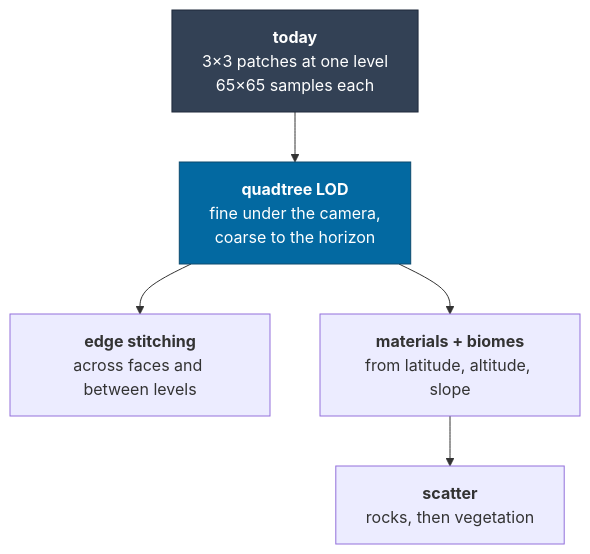
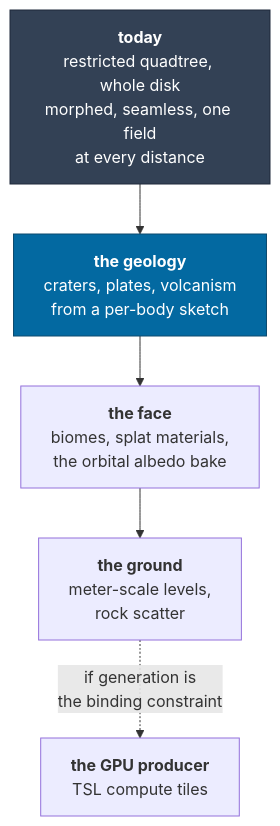
The second of 3 diagrams in docs/roadmap.md (jonjaques/inertialref), drawn with Mermaid before and after one commit. The commit also changed other lines of this file and 62 other files, not shown here.

First line of the commit message:
The quadtree covers the disk, and the field says where to stop (#27)

````diff
--- a/docs/roadmap.md
+++ b/docs/roadmap.md
@@ -113,14 +114,14 @@
 ```mermaid
 flowchart TB
-    NOW["<b>today</b><br/>3×3 patches at one level<br/>65×65 samples each"]
-    A["<b>quadtree LOD</b><br/>fine under the camera,<br/>coarse to the horizon"]
-    B["<b>edge stitching</b><br/>across faces and between levels"]
-    C["<b>materials + biomes</b><br/>from latitude, altitude, slope"]
-    D["<b>scatter</b><br/>rocks, then vegetation"]
+    NOW["<b>today</b><br/>restricted quadtree, whole disk<br/>morphed, seamless, one field<br/>at every distance"]
+    C["<b>the geology</b><br/>craters, plates, volcanism<br/>from a per-body sketch"]
+    D["<b>the face</b><br/>biomes, splat materials,<br/>the orbital albedo bake"]
+    E["<b>the ground</b><br/>meter-scale levels,<br/>rock scatter"]
+    F["<b>the GPU producer</b><br/>TSL compute tiles"]
 
-    NOW --> A --> B
-    A --> C --> D
+    NOW --> C --> D --> E
+    E -.->|"if generation is<br/>the binding constraint"| F
 
     style NOW fill:#334155,stroke:#1e293b,color:#fff
-    style A fill:#0369a1,stroke:#0c4a6e,color:#fff
+    style C fill:#0369a1,stroke:#0c4a6e,color:#fff
 ```
````
